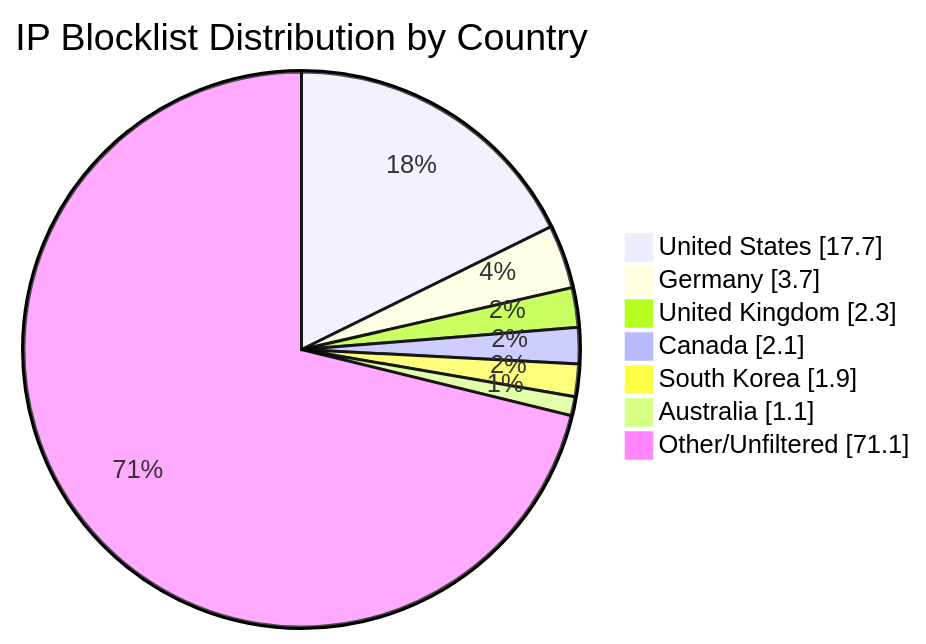
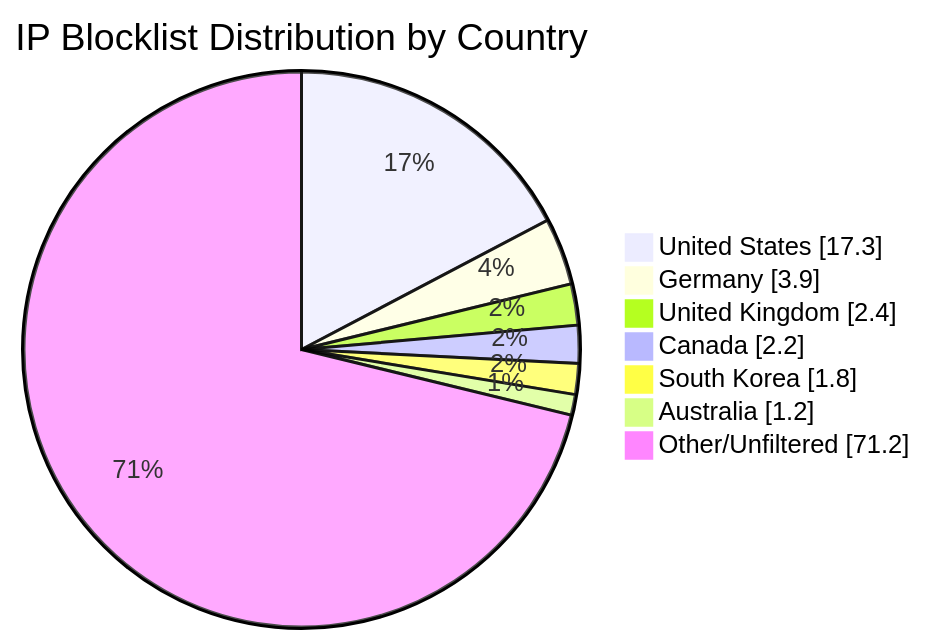
Before and after one commit to MarcusHoltz/ipblocklist-geofiltered-aggregator: the diagram in README.md, drawn with Mermaid. The commit also changed other lines of this file and 9 other files, not shown here.

````diff
--- a/README.md
+++ b/README.md
@@ -34,10 +34,10 @@
 ```mermaid
 pie showData title IP Blocklist Distribution by Country
-"United States" : 17.7
-"Germany" : 3.7
-"United Kingdom" : 2.3
-"Canada" : 2.1
-"South Korea" : 1.9
-"Australia" : 1.1
-"Other/Unfiltered" : 71.1
+"United States" : 17.3
+"Germany" : 3.9
+"United Kingdom" : 2.4
+"Canada" : 2.2
+"South Korea" : 1.8
+"Australia" : 1.2
+"Other/Unfiltered" : 71.2
 ```
````
